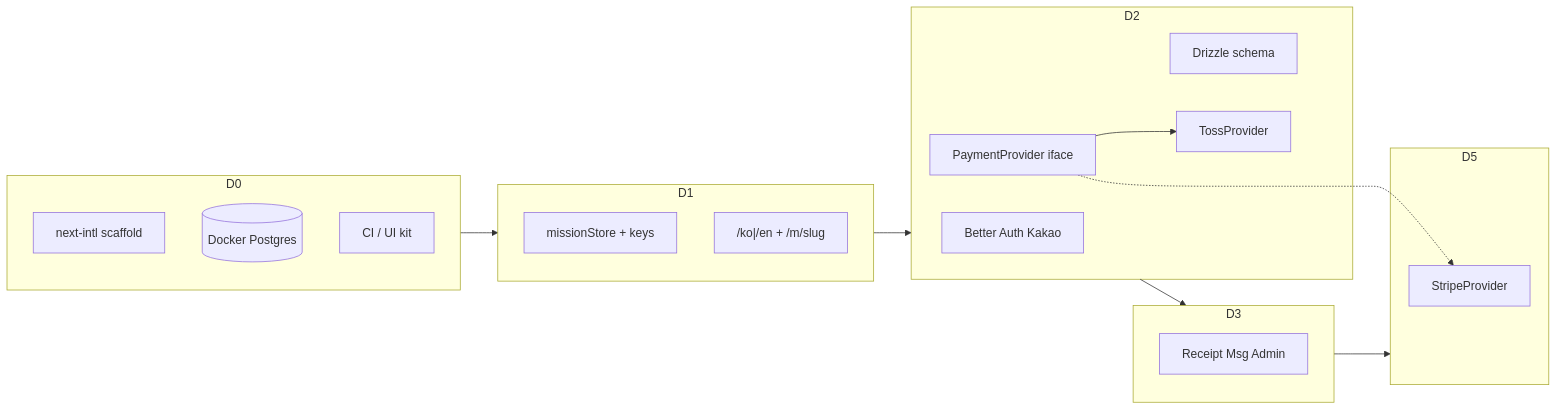
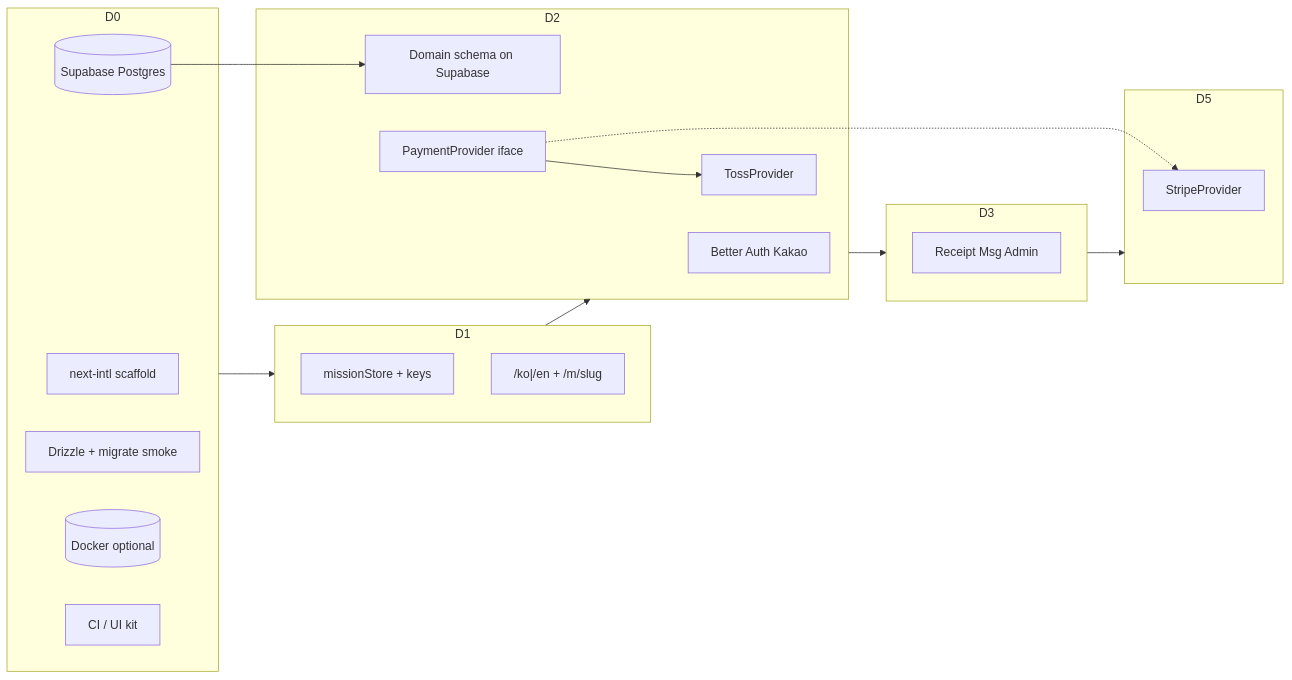
One commit to deokhokim911/ywamkoreafund changed the first of 2 diagrams in doc/09_DEVELOPMENT_PHASES.md. Above: the diagram before and after it, drawn with Mermaid. The commit also changed other lines of this file and 78 other files, not shown here.

````diff
--- a/doc/09_DEVELOPMENT_PHASES.md
+++ b/doc/09_DEVELOPMENT_PHASES.md
@@ -91,33 +93,36 @@
 ```mermaid
 flowchart LR
   subgraph D0["D0"]
     I18nScaffold[next-intl scaffold]
-    DockerPG[(Docker Postgres)]
+    SupabasePG[(Supabase Postgres)]
+    DrizzleInit[Drizzle + migrate smoke]
+    DockerOpt[(Docker optional)]
     CI[CI / UI kit]
   end
 
   subgraph D1["D1"]
     MockStore[missionStore + keys]
     LocaleRoutes["/ko|/en + /m/slug"]
   end
 
   subgraph D2["D2"]
     Auth[Better Auth Kakao]
-    Drizzle[Drizzle schema]
+    Schema[Domain schema on Supabase]
     Toss[TossProvider]
     PayIface[PaymentProvider iface]
   end
 
   subgraph D3["D3"]
     Ops[Receipt Msg Admin]
   end
 
   subgraph D5["D5"]
     Stripe[StripeProvider]
   end
 
   D0 --> D1 --> D2 --> D3
+  SupabasePG --> Schema
   PayIface --> Toss
   PayIface -.-> Stripe
   D3 --> D5
 ```
````
